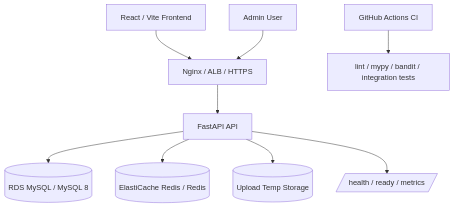
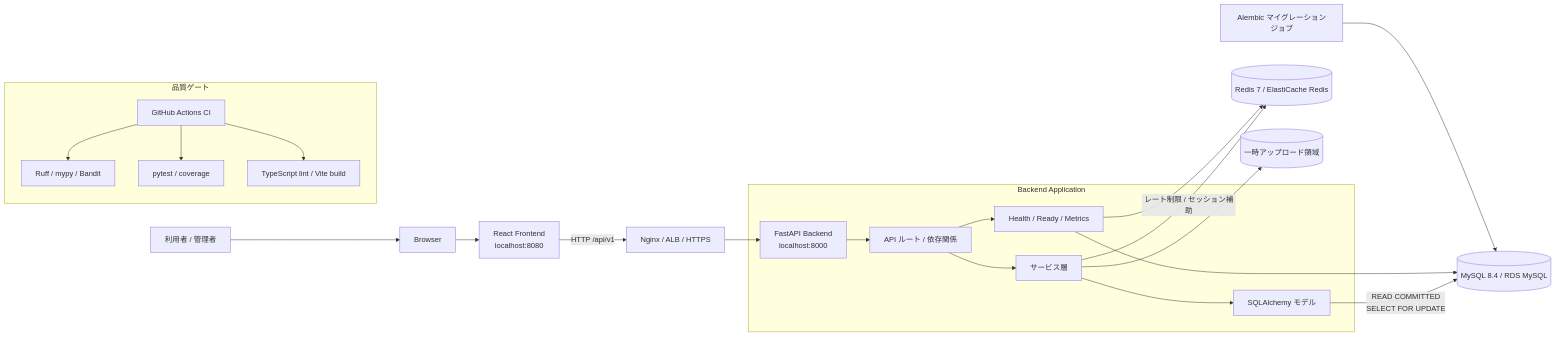
The first of 3 diagrams in README.md (Ren-Tianming/Audio_Analysis_Service), drawn with Mermaid before and after one commit. The commit also changed other lines of this file and 16 other files, not shown here.

````diff
--- a/README.md
+++ b/README.md
@@ -23,11 +90,27 @@
 ```mermaid
-flowchart TD
-  Browser[React / Vite Frontend] --> Proxy[Nginx / ALB / HTTPS]
-  Proxy --> API[FastAPI API]
-  API --> MySQL[(RDS MySQL / MySQL 8)]
-  API --> Redis[(ElastiCache Redis / Redis)]
-  API --> Storage[(Upload Temp Storage)]
-  API --> Metrics[/health / ready / metrics/]
-  Admin[Admin User] --> Proxy
-  CI[GitHub Actions CI] --> Tests[lint / mypy / bandit / integration tests]
+flowchart LR
+    user[利用者 / 管理者] --> browser[Browser]
+    browser --> frontend[React Frontend<br/>localhost:8080]
+    frontend -->|HTTP /api/v1| proxy[Nginx / ALB / HTTPS]
+    proxy --> backend[FastAPI Backend<br/>localhost:8000]
+
+    subgraph application[Backend Application]
+        backend --> routes[API ルート / 依存関係]
+        routes --> services[サービス層]
+        services --> models[SQLAlchemy モデル]
+        routes --> ops[Health / Ready / Metrics]
+    end
+
+    models -->|READ COMMITTED<br/>SELECT FOR UPDATE| mysql[(MySQL 8.4 / RDS MySQL)]
+    services -->|レート制限 / セッション補助| redis[(Redis 7 / ElastiCache Redis)]
+    services --> uploads[(一時アップロード領域)]
+    ops --> mysql
+    ops --> redis
+    migrations[Alembic マイグレーションジョブ] --> mysql
+
+    subgraph delivery[品質ゲート]
+        actions[GitHub Actions CI] --> static[Ruff / mypy / Bandit]
+        actions --> tests[pytest / coverage]
+        actions --> frontend_ci[TypeScript lint / Vite build]
+    end
 ```
````
